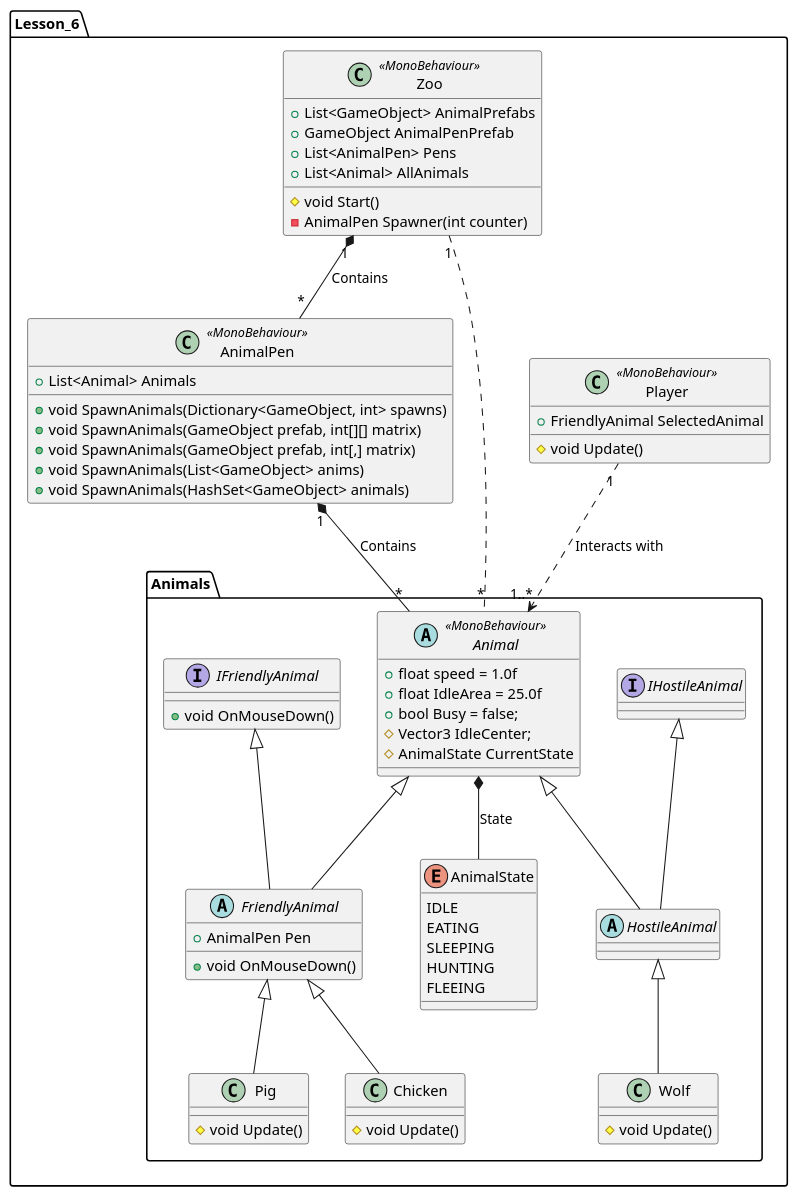
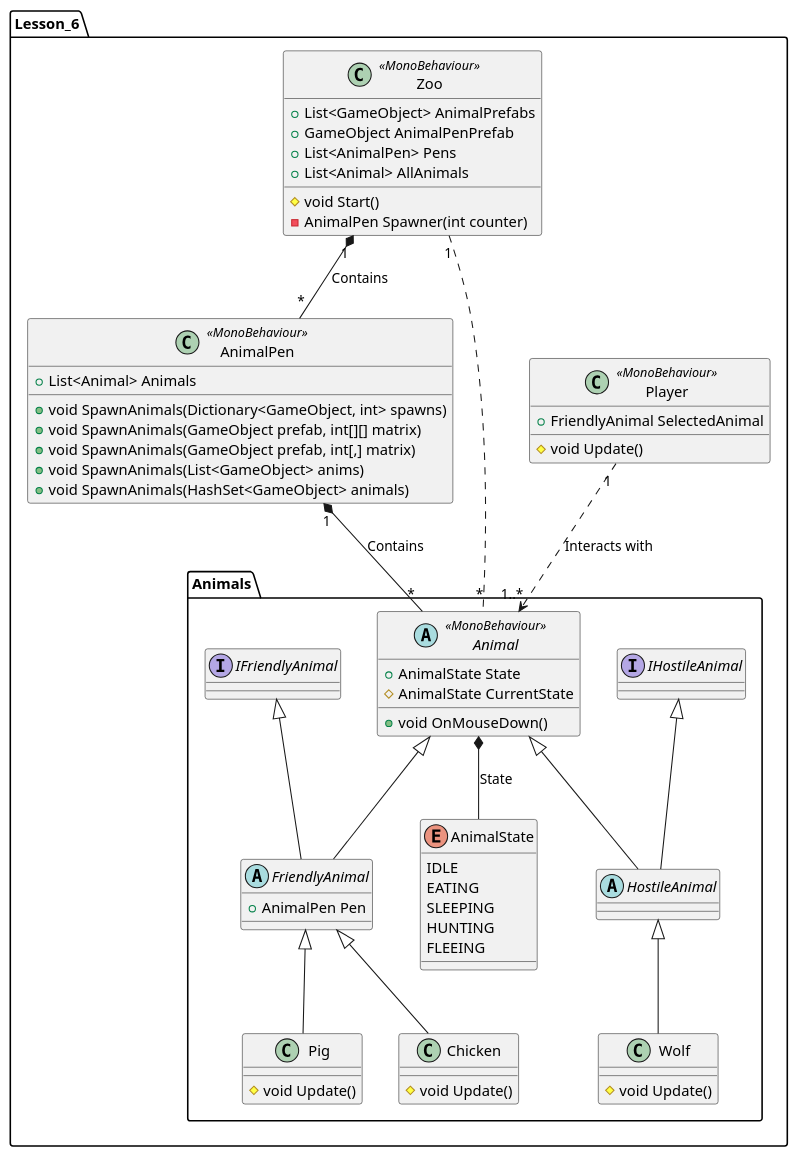
One commit to Hamsterbil/zOO changed the diagram in Assets/6_Lesson_Zoo/Docs/Class.puml. Above: the diagram before and after it, drawn with PlantUML. The commit also changed 1 other file, not shown here.

```diff
--- a/Assets/6_Lesson_Zoo/Docs/Class.puml
+++ b/Assets/6_Lesson_Zoo/Docs/Class.puml
@@ -1,92 +1,89 @@
 @startuml
 
 namespace Lesson_6{
     class AnimalPen <<MonoBehaviour>>{
         + List<Animal> Animals
         + void SpawnAnimals(Dictionary<GameObject, int> spawns)
         + void SpawnAnimals(GameObject prefab, int[][] matrix)
         + void SpawnAnimals(GameObject prefab, int[,] matrix)
         + void SpawnAnimals(List<GameObject> anims)
         + void SpawnAnimals(HashSet<GameObject> animals)
     }
 
     class Player <<MonoBehaviour>>{
         + FriendlyAnimal SelectedAnimal
         # void Update()
     }
 
     class Zoo <<MonoBehaviour>>{
         + List<GameObject> AnimalPrefabs
         + GameObject AnimalPenPrefab
         + List<AnimalPen> Pens
         + List<Animal> AllAnimals
         # void Start()
         - AnimalPen Spawner(int counter)
     }
 
     namespace Animals{
         enum AnimalState{
             IDLE
             EATING
             SLEEPING
             HUNTING
             FLEEING
         }
         abstract class Animal <<MonoBehaviour>>{
-            + float speed = 1.0f
-            + float IdleArea = 25.0f
-            + bool Busy = false;
-            # Vector3 IdleCenter;
+            + AnimalState State
             # AnimalState CurrentState
+            + void OnMouseDown()
         }
 
         abstract class FriendlyAnimal{
             + AnimalPen Pen
-            + void OnMouseDown()
         }
 
         abstract class HostileAnimal{
-
         }
 
         interface IFriendlyAnimal{
-            + void OnMouseDown()
+            
         }
 
         interface IHostileAnimal{
-
+            
+        
         }
 
         class Chicken{
             # void Update()
             
         }
 
         class Pig{
             # void Update()
-        
+
         }
 
         class Wolf{
             # void Update() 
         }
 
         FriendlyAnimal -up-|> Animal
         FriendlyAnimal -up-|> IFriendlyAnimal
         HostileAnimal -up-|> Animal
         HostileAnimal -up-|> IHostileAnimal
         Wolf -up-|> HostileAnimal
         Chicken -up-|> FriendlyAnimal
         Pig -up-|> FriendlyAnimal
         Animal *-- AnimalState : State
     }
 
     Player "1" ..> "1..*" Lesson_6.Animals.Animal : Interacts with
     AnimalPen "1" *-- "*" Lesson_6.Animals.Animal : Contains
     Zoo "1" *-- "*"  AnimalPen : Contains
     Zoo "1" .. "*"  Lesson_6.Animals.Animal
 
 
 }
 
 @enduml
```
